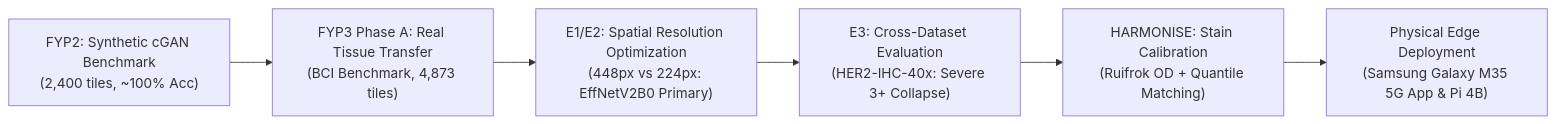
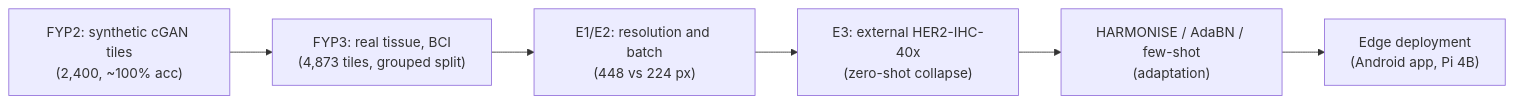
The first of 3 diagrams in FYP3_FINAL_REPORT.md (Dhaneswarareddy/HER2-Edge-Classification), drawn with Mermaid before and after one commit. The commit also changed other lines of this file and 248 other files, not shown here.

````diff
--- a/FYP3_FINAL_REPORT.md
+++ b/FYP3_FINAL_REPORT.md
@@ -50,8 +104,8 @@
 ```mermaid
 flowchart LR
-    A["FYP2: Synthetic cGAN Benchmark<br/>(2,400 tiles, ~100% Acc)"] --> B["FYP3 Phase A: Real Tissue Transfer<br/>(BCI Benchmark, 4,873 tiles)"]
-    B --> C["E1/E2: Spatial Resolution Optimization<br/>(448px vs 224px: EffNetV2B0 Primary)"]
-    C --> D["E3: Cross-Dataset Evaluation<br/>(HER2-IHC-40x: Severe 3+ Collapse)"]
-    D --> E["HARMONISE: Stain Calibration<br/>(Ruifrok OD + Quantile Matching)"]
-    E --> F["Physical Edge Deployment<br/>(Samsung Galaxy M35 5G App & Pi 4B)"]
+    A["FYP2: synthetic cGAN tiles<br/>(2,400, ~100% acc)"] --> B["FYP3: real tissue, BCI<br/>(4,873 tiles, grouped split)"]
+    B --> C["E1/E2: resolution and batch<br/>(448 vs 224 px)"]
+    C --> D["E3: external HER2-IHC-40x<br/>(zero-shot collapse)"]
+    D --> E["HARMONISE / AdaBN / few-shot<br/>(adaptation)"]
+    E --> F["Edge deployment<br/>(Android app, Pi 4B)"]
 ```
````
